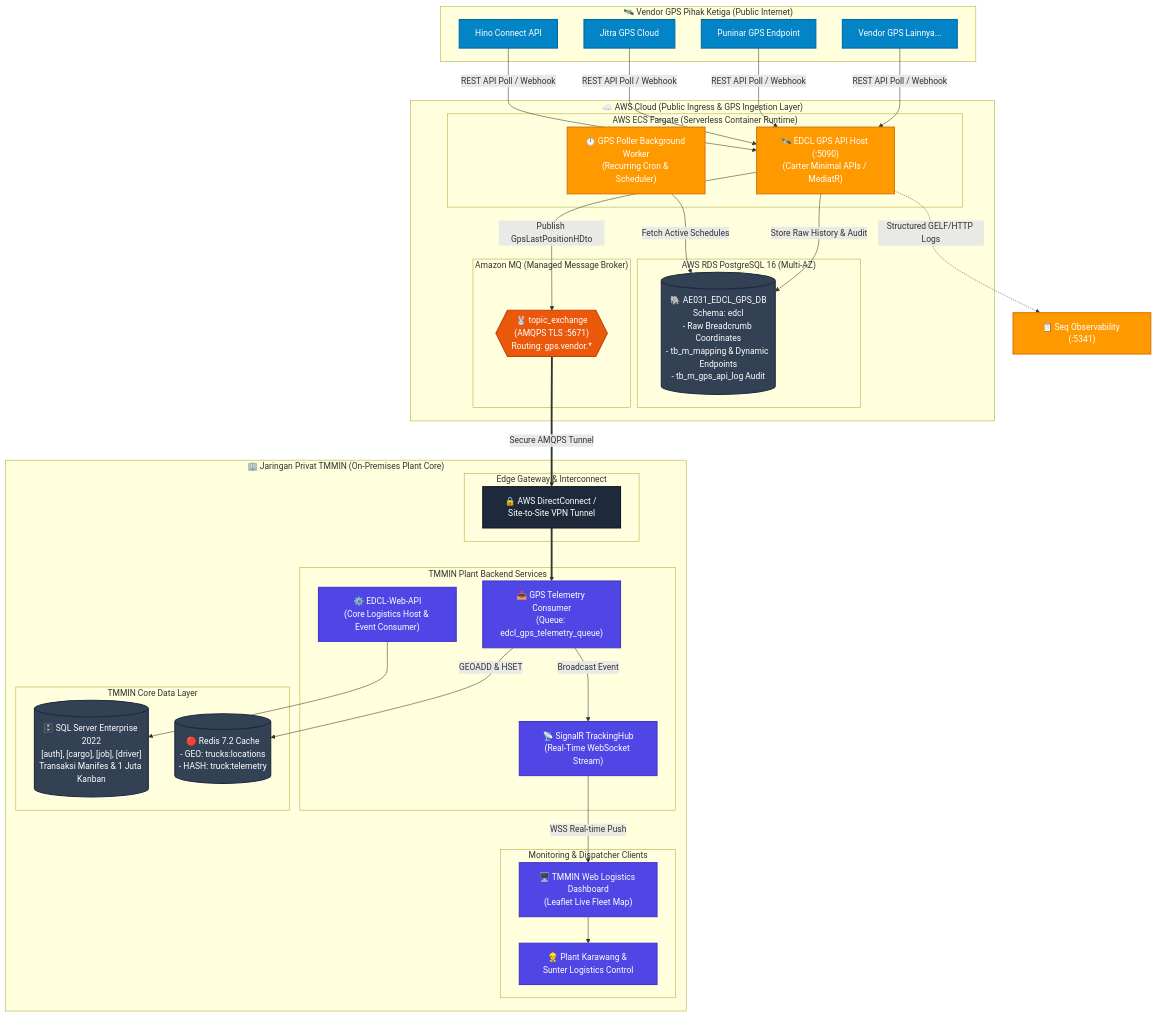
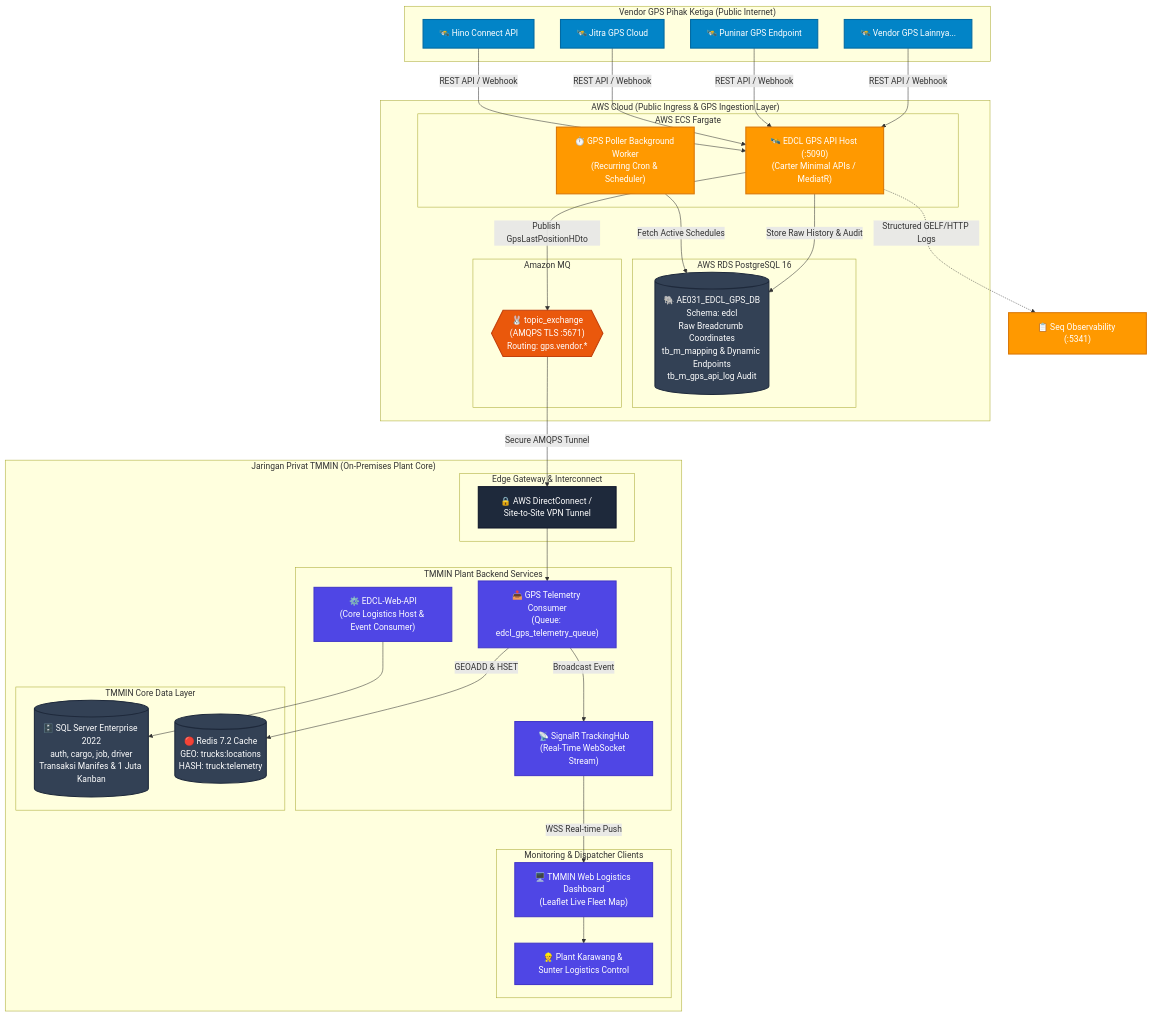
The diagram in README.md (odealidj/EDCLGPSAPI), drawn with Mermaid before and after one commit.

Commit message:
docs: fix Mermaid syntax for GitHub compatibility

````diff
--- a/README.md
+++ b/README.md
@@ -37,69 +37,72 @@
 ```mermaid
-flowchart TB
+graph TD
     classDef aws fill:#ff9900,stroke:#d97706,stroke-width:2px,color:#fff;
     classDef onprem fill:#1e293b,stroke:#0f172a,stroke-width:2px,color:#fff;
     classDef vendor fill:#0284c7,stroke:#0369a1,stroke-width:2px,color:#fff;
     classDef core fill:#4f46e5,stroke:#4338ca,stroke-width:2px,color:#fff;
     classDef db fill:#334155,stroke:#1e293b,stroke-width:2px,color:#fff;
     classDef mq fill:#ea580c,stroke:#c2410c,stroke-width:2px,color:#fff;
 
-    subgraph Ext_Vendors ["🛰️ Vendor GPS Pihak Ketiga (Public Internet)"]
-        V1["Hino Connect API"]:::vendor
-        V2["Jitra GPS Cloud"]:::vendor
-        V3["Puninar GPS Endpoint"]:::vendor
-        V4["Vendor GPS Lainnya..."]:::vendor
+    subgraph "Vendor GPS Pihak Ketiga (Public Internet)"
+        V1["🛰️ Hino Connect API"]:::vendor
+        V2["🛰️ Jitra GPS Cloud"]:::vendor
+        V3["🛰️ Puninar GPS Endpoint"]:::vendor
+        V4["🛰️ Vendor GPS Lainnya..."]:::vendor
     end
 
-    subgraph AWS_Cloud ["☁️ AWS Cloud (Public Ingress & GPS Ingestion Layer)"]
-        subgraph Fargate ["AWS ECS Fargate (Serverless Container Runtime)"]
+    subgraph "AWS Cloud (Public Ingress & GPS Ingestion Layer)"
+        subgraph "AWS ECS Fargate"
             GpsApi["🛰️ EDCL GPS API Host (:5090)<br/>(Carter Minimal APIs / MediatR)"]:::aws
             GpsPoller["⏱️ GPS Poller Background Worker<br/>(Recurring Cron & Scheduler)"]:::aws
         end
 
-        subgraph RDS ["AWS RDS PostgreSQL 16 (Multi-AZ)"]
-            PgDb[("🐘 AE031_EDCL_GPS_DB<br/>Schema: edcl<br/>- Raw Breadcrumb Coordinates<br/>- tb_m_mapping & Dynamic Endpoints<br/>- tb_m_gps_api_log Audit")]:::db
+        subgraph "AWS RDS PostgreSQL 16"
+            PgDb[("🐘 AE031_EDCL_GPS_DB<br/>Schema: edcl<br/>Raw Breadcrumb Coordinates<br/>tb_m_mapping & Dynamic Endpoints<br/>tb_m_gps_api_log Audit")]:::db
         end
 
-        subgraph AmazonMQ ["Amazon MQ (Managed Message Broker)"]
+        subgraph "Amazon MQ"
             TopicEx{{"🐰 topic_exchange<br/>(AMQPS TLS :5671)<br/>Routing: gps.vendor.*"}}:::mq
         end
 
-        V1 & V2 & V3 & V4 -->|REST API Poll / Webhook| GpsApi
+        V1 -->|REST API / Webhook| GpsApi
+        V2 -->|REST API / Webhook| GpsApi
+        V3 -->|REST API / Webhook| GpsApi
+        V4 -->|REST API / Webhook| GpsApi
         GpsPoller -->|Fetch Active Schedules| PgDb
         GpsApi -->|Store Raw History & Audit| PgDb
         GpsApi -->|Publish GpsLastPositionHDto| TopicEx
     end
 
-    subgraph TMMIN_Network ["🏢 Jaringan Privat TMMIN (On-Premises Plant Core)"]
-        subgraph Plant_Gateway ["Edge Gateway & Interconnect"]
+    subgraph "Jaringan Privat TMMIN (On-Premises Plant Core)"
+        subgraph "Edge Gateway & Interconnect"
             VPN["🔒 AWS DirectConnect / Site-to-Site VPN Tunnel"]:::onprem
         end
 
-        subgraph Plant_Backend ["TMMIN Plant Backend Services"]
+        subgraph "TMMIN Plant Backend Services"
             EdclWebApi["⚙️ EDCL-Web-API<br/>(Core Logistics Host & Event Consumer)"]:::core
             GpsConsumer["📥 GPS Telemetry Consumer<br/>(Queue: edcl_gps_telemetry_queue)"]:::core
             SignalRHub["📡 SignalR TrackingHub<br/>(Real-Time WebSocket Stream)"]:::core
         end
 
-        subgraph Plant_Data ["TMMIN Core Data Layer"]
-            SqlServer[("🗄️ SQL Server Enterprise 2022<br/>[auth], [cargo], [job], [driver]<br/>Transaksi Manifes & 1 Juta Kanban")]:::db
-            RedisCache[("🔴 Redis 7.2 Cache<br/>- GEO: trucks:locations<br/>- HASH: truck:telemetry")]:::db
+        subgraph "TMMIN Core Data Layer"
+            SqlServer[("🗄️ SQL Server Enterprise 2022<br/>auth, cargo, job, driver<br/>Transaksi Manifes & 1 Juta Kanban")]:::db
+            RedisCache[("🔴 Redis 7.2 Cache<br/>GEO: trucks:locations<br/>HASH: truck:telemetry")]:::db
         end
 
-        subgraph Plant_Clients ["Monitoring & Dispatcher Clients"]
+        subgraph "Monitoring & Dispatcher Clients"
             WebDashboard["🖥️ TMMIN Web Logistics Dashboard<br/>(Leaflet Live Fleet Map)"]:::core
             PlantDispatcher["👷 Plant Karawang & Sunter Logistics Control"]:::core
         end
     end
 
     %% Koneksi Aliran Data
-    TopicEx ==>|Secure AMQPS Tunnel| VPN
-    VPN ==> GpsConsumer
+    TopicEx -->|Secure AMQPS Tunnel| VPN
+    VPN --> GpsConsumer
     GpsConsumer -->|GEOADD & HSET| RedisCache
     GpsConsumer -->|Broadcast Event| SignalRHub
     SignalRHub -->|WSS Real-time Push| WebDashboard
     WebDashboard --> PlantDispatcher
     EdclWebApi --> SqlServer
 
-    GpsApi -.->|Structured GELF/HTTP Logs| Seq["📋 Seq Observability (:5341)"]:::aws
+    GpsApi -. "Structured GELF/HTTP Logs" .-> Seq["📋 Seq Observability (:5341)"]:::aws
 ```
````
